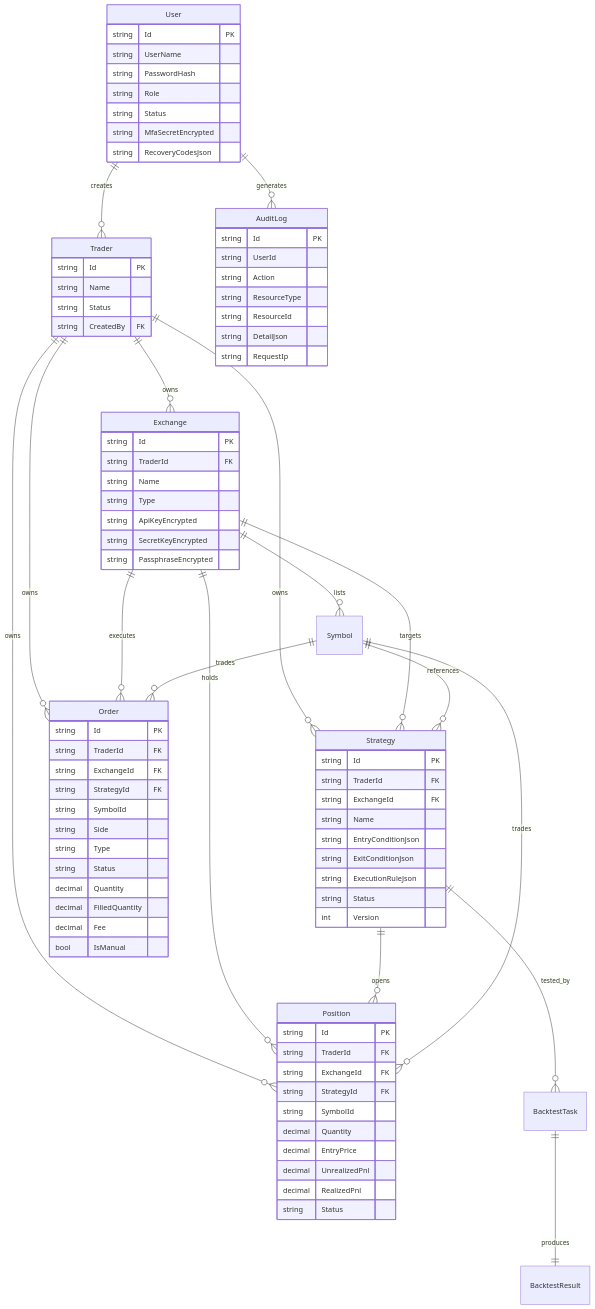
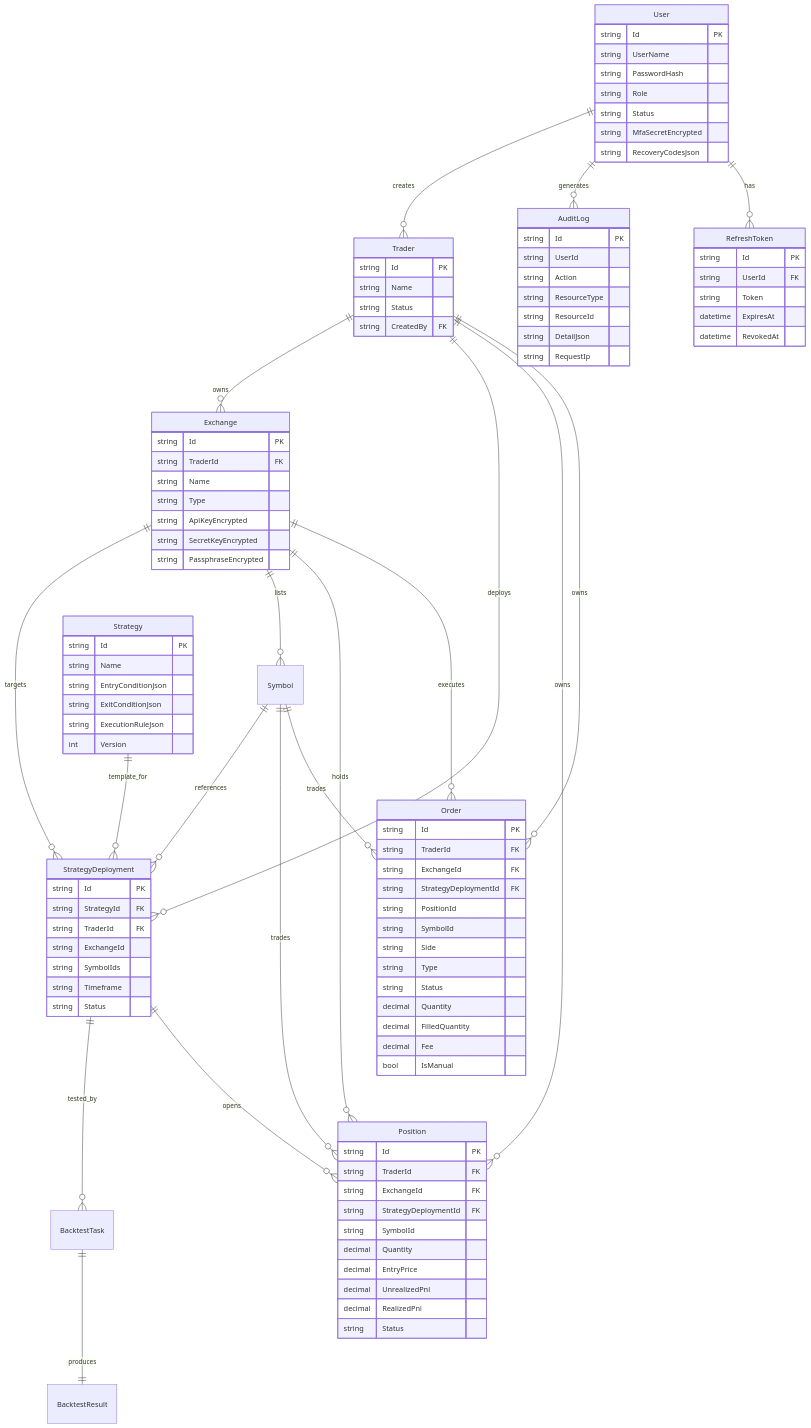
Before and after one commit to bambuo/TradeX: diagram 12 of 16 in docs/TAD.md, drawn with Mermaid. The commit also changed other lines of this file and 3 other files, not shown here.

```diff
--- a/docs/TAD.md
+++ b/docs/TAD.md
@@ -538,23 +560,25 @@
 erDiagram
   User ||--o{ Trader : creates
   User ||--o{ AuditLog : generates
+  User ||--o{ RefreshToken : has
 
   Trader ||--o{ Exchange : owns
-  Trader ||--o{ Strategy : owns
+  Trader ||--o{ StrategyDeployment : deploys
   Trader ||--o{ Position : owns
   Trader ||--o{ Order : owns
 
-  Exchange ||--o{ Strategy : targets
+  Exchange ||--o{ StrategyDeployment : targets
   Exchange ||--o{ Symbol : lists
   Exchange ||--o{ Position : holds
   Exchange ||--o{ Order : executes
 
-  Strategy ||--o{ Position : opens
-  Strategy ||--o{ BacktestTask : tested_by
+  Strategy ||--o{ StrategyDeployment : template_for
+  StrategyDeployment ||--o{ BacktestTask : tested_by
+  StrategyDeployment ||--o{ Position : opens
 
   BacktestTask ||--|| BacktestResult : produces
 
-  Symbol ||--o{ Strategy : references
+  Symbol ||--o{ StrategyDeployment : references
   Symbol ||--o{ Position : trades
   Symbol ||--o{ Order : trades
 
@@ -587,21 +611,28 @@
 
   Strategy {
     string Id PK
-    string TraderId FK
-    string ExchangeId FK
     string Name
     string EntryConditionJson
     string ExitConditionJson
     string ExecutionRuleJson
+    int Version
+  }
+
+  StrategyDeployment {
+    string Id PK
+    string StrategyId FK
+    string TraderId FK
+    string ExchangeId
+    string SymbolIds
+    string Timeframe
     string Status
-    int Version
   }
 
   Position {
     string Id PK
     string TraderId FK
     string ExchangeId FK
-    string StrategyId FK
+    string StrategyDeploymentId FK
     string SymbolId
     decimal Quantity
     decimal EntryPrice
@@ -614,7 +645,8 @@
     string Id PK
     string TraderId FK
     string ExchangeId FK
-    string StrategyId FK
+    string StrategyDeploymentId FK
+    string PositionId
     string SymbolId
     string Side
     string Type
@@ -623,6 +655,14 @@
     decimal FilledQuantity
     decimal Fee
     bool IsManual
+  }
+
+  RefreshToken {
+    string Id PK
+    string UserId FK
+    string Token
+    datetime ExpiresAt
+    datetime RevokedAt
   }
 
   AuditLog {
```
